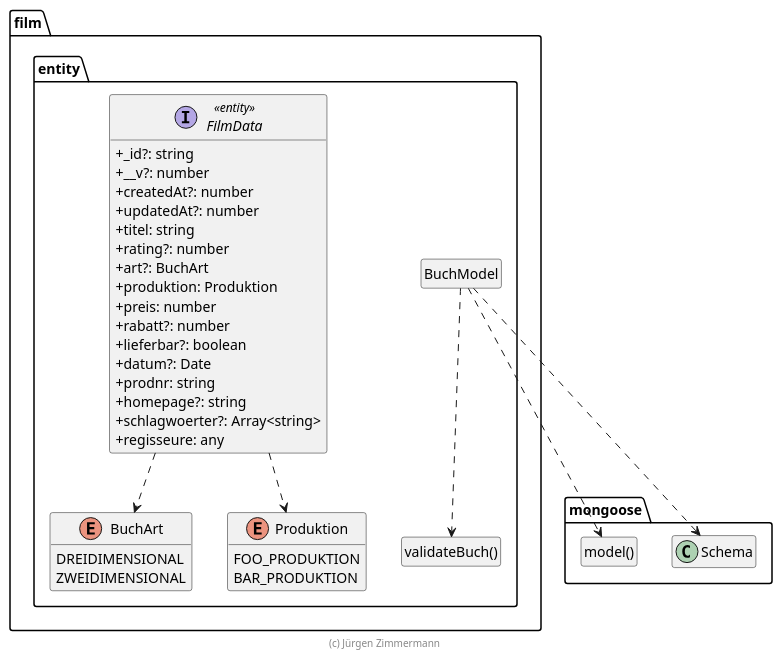
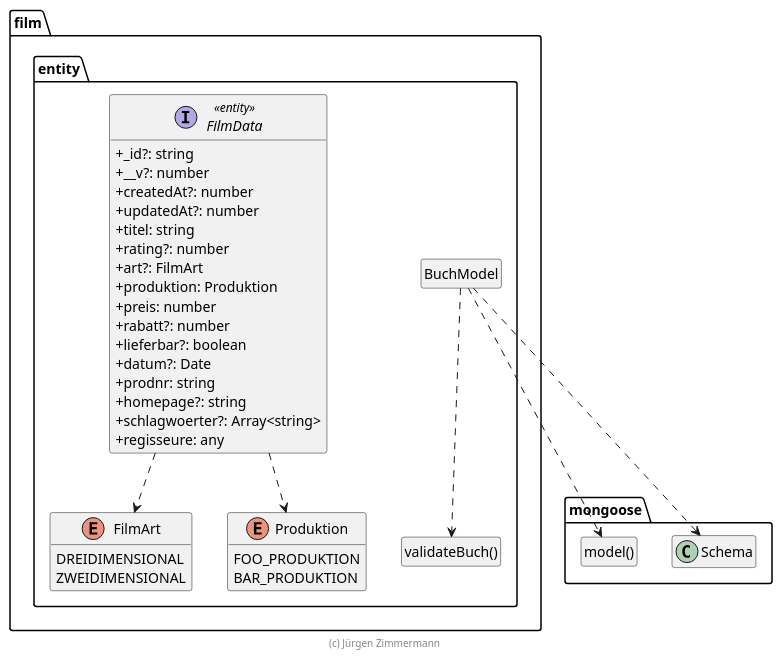
The diagram in doc/entwicklerhandbuch/Film.puml (marcelmaerdian/SWE_WS2020), drawn with PlantUML before and after one commit. The commit also changed 20 other files, not shown here.

```diff
--- a/doc/entwicklerhandbuch/Film.puml
+++ b/doc/entwicklerhandbuch/Film.puml
@@ -15,62 +15,62 @@
 @startuml Anwendungskern
 
 !pragma useNewPackage
 skinparam classAttributeIconSize 0
 skinparam componentStyle uml2
 
 package mongoose {
   class Schema
 
   class "model()" as model
   hide model circle
 }
 
 package film.entity {
   class "validateBuch()" as validateBuch
   hide validateBuch circle
 
   class BuchModel
   hide BuchModel circle
 
   BuchModel ..> Schema
   BuchModel ..> model
   BuchModel ..> validateBuch
 
-  FilmData ..> BuchArt
+  FilmData ..> FilmArt
   FilmData ..> Produktion
 
-  enum BuchArt {
+  enum FilmArt {
     DREIDIMENSIONAL
     ZWEIDIMENSIONAL
   }
 
   enum Produktion {
     FOO_PRODUKTION
     BAR_PRODUKTION
   }
 
   interface FilmData <<entity>> {
     + _id?: string
     + __v?: number
     + createdAt?: number
     + updatedAt?: number
     + titel: string
     + rating?: number
-    + art?: BuchArt
+    + art?: FilmArt
     + produktion: Produktion
     + preis: number
     + rabatt?: number
     + lieferbar?: boolean
     + datum?: Date
     + prodnr: string
     + homepage?: string
     + schlagwoerter?: Array<string>
     + regisseure: any
   }
 }
 
 hide empty members
 
 footer (c) Jürgen Zimmermann
 
 @enduml
```
